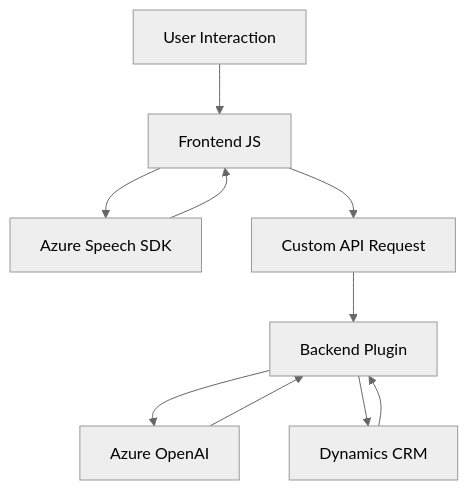
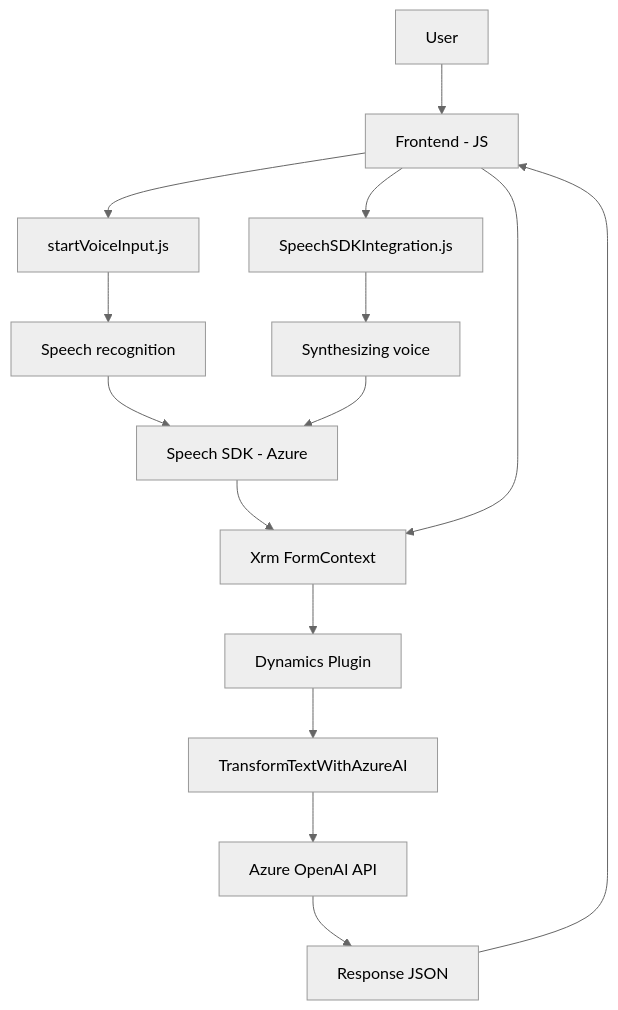
One commit to blopezdm/NETCORE_BILBAO2025 changed the diagram in README.md. Above: the diagram before and after it, drawn with Mermaid (neutral theme). The commit also changed other lines of this file, not shown here.

````diff
--- a/README.md
+++ b/README.md
@@ -41,12 +48,17 @@
 ```mermaid
 graph TD
-    A["User Interaction"] --> B["Frontend JS"]
-    B["Frontend JS"] --> C["Azure Speech SDK"]
-    B --> D["Custom API Request"]
-    C --> B
-    D --> E["Backend Plugin"]
-    E["Backend Plugin"] --> F["Azure OpenAI"]
-    F --> E
-    E --> G["Dynamics CRM"]
-    G --> E
+    A["User"] --> B["Frontend - JS"]
+    B --> C["SpeechSDKIntegration.js"]
+    B --> D["startVoiceInput.js"]
+    D["startVoiceInput.js"] --> D1["Speech recognition"]
+    D1 --> E["Speech SDK - Azure"]
+    C["SpeechSDKIntegration.js"] --> C1["Synthesizing voice"]
+    C1 --> E
+    E["Speech SDK - Azure"] --> F["Xrm FormContext"]
+    B --> F
+    F --> G["Dynamics Plugin"]
+    G --> H["TransformTextWithAzureAI"]
+    H --> I["Azure OpenAI API"]
+    I --> J["Response JSON"]
+    J --> B
 ```
````
